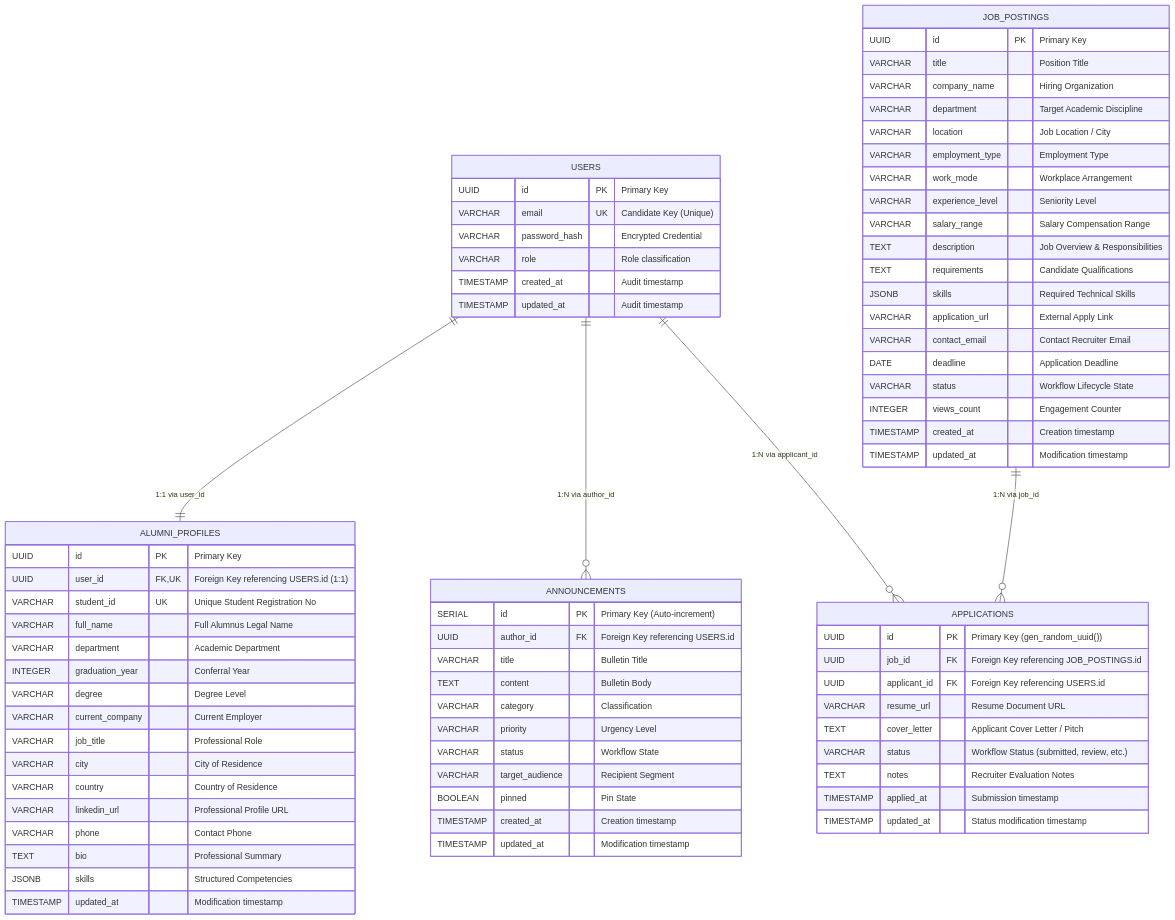
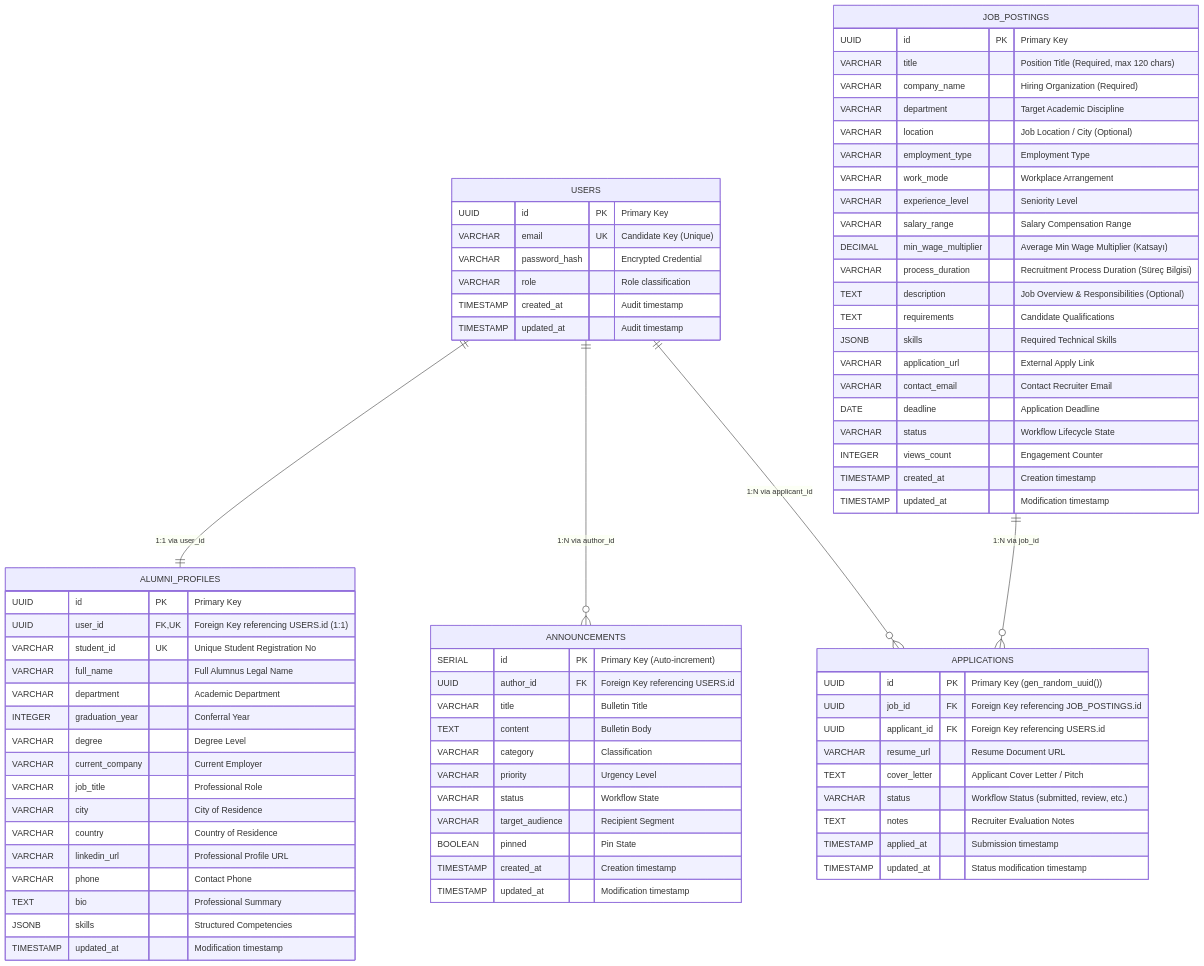
One commit to mehmetrasid0/Alumni changed the third of 8 diagrams in DDD.md. Above: the diagram before and after it, drawn with Mermaid. The commit also changed other lines of this file and 7 other files, not shown here.

First line of the commit message:
feat(jobs): update job postings rules with title length, optional fields and wage multiplier

```diff
--- a/DDD.md
+++ b/DDD.md
@@ -234,15 +242,17 @@
 
     JOB_POSTINGS {
         UUID id PK "Primary Key"
-        VARCHAR title "Position Title"
-        VARCHAR company_name "Hiring Organization"
+        VARCHAR title "Position Title (Required, max 120 chars)"
+        VARCHAR company_name "Hiring Organization (Required)"
         VARCHAR department "Target Academic Discipline"
-        VARCHAR location "Job Location / City"
+        VARCHAR location "Job Location / City (Optional)"
         VARCHAR employment_type "Employment Type"
         VARCHAR work_mode "Workplace Arrangement"
         VARCHAR experience_level "Seniority Level"
         VARCHAR salary_range "Salary Compensation Range"
-        TEXT description "Job Overview & Responsibilities"
+        DECIMAL min_wage_multiplier "Average Min Wage Multiplier (Katsayı)"
+        VARCHAR process_duration "Recruitment Process Duration (Süreç Bilgisi)"
+        TEXT description "Job Overview & Responsibilities (Optional)"
         TEXT requirements "Candidate Qualifications"
         JSONB skills "Required Technical Skills"
         VARCHAR application_url "External Apply Link"
```
